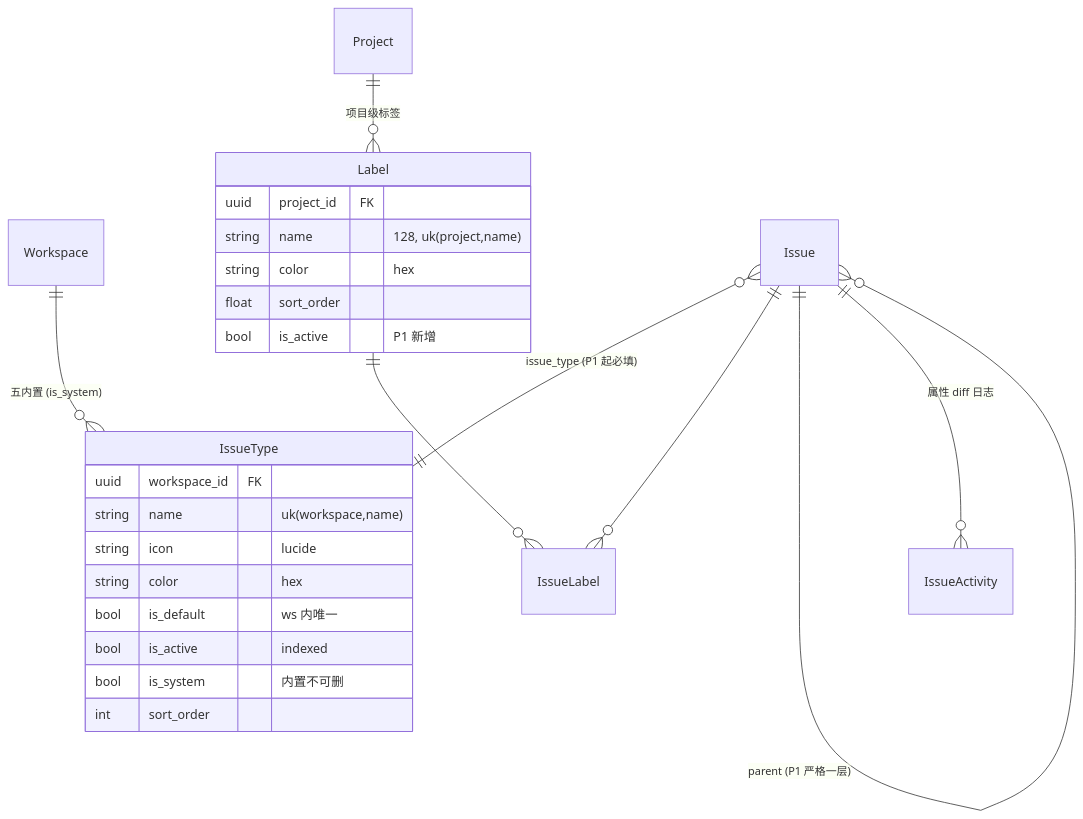
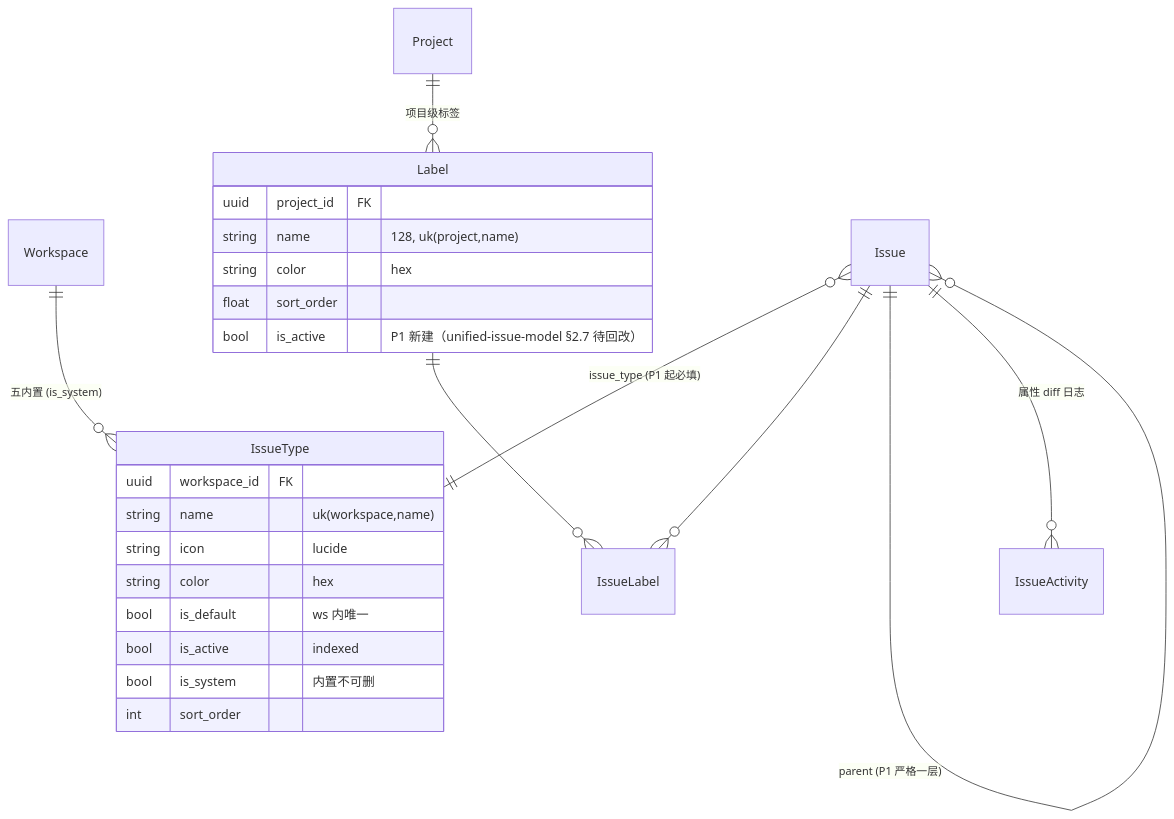
The fifth of 5 diagrams in docs/sprint-1-mvp/TASK-002-task-attributes.md (RabbitAI-Lab/RabbitProjects), drawn with Mermaid before and after one commit. The commit also changed other lines of this file and 11 other files, not shown here.

````diff
--- a/docs/sprint-1-mvp/TASK-002-task-attributes.md
+++ b/docs/sprint-1-mvp/TASK-002-task-attributes.md
@@ -542,28 +544,28 @@
 ```mermaid
 erDiagram
     Workspace ||--o{ IssueType : "五内置 (is_system)"
     Project ||--o{ Label : "项目级标签"
     Issue }o--|| IssueType : "issue_type (P1 起必填)"
     Issue ||--o{ IssueLabel : ""
     Label ||--o{ IssueLabel : ""
     Issue ||--o{ Issue : "parent (P1 严格一层)"
     Issue ||--o{ IssueActivity : "属性 diff 日志"
 
     IssueType {
         uuid workspace_id FK
         string name "uk(workspace,name)"
         string icon "lucide"
         string color "hex"
         bool is_default "ws 内唯一"
         bool is_active "indexed"
         bool is_system "内置不可删"
         int sort_order
     }
     Label {
         uuid project_id FK
         string name "128, uk(project,name)"
         string color "hex"
         float sort_order
-        bool is_active "P1 新增"
+        bool is_active "P1 新建（unified-issue-model §2.7 待回改）"
     }
 ```
````
